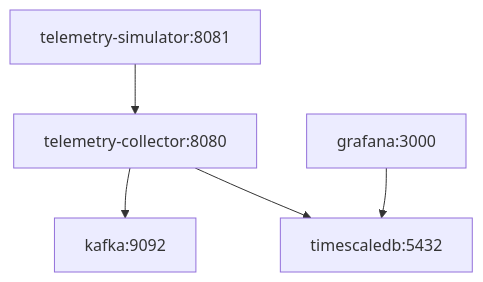
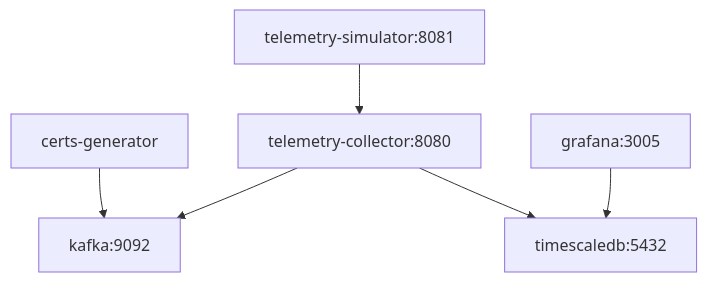
The fourth of 4 diagrams in docs/architecture/phase1_subsystems.md (sarkarbikram90/OrbitLogs), drawn with Mermaid before and after one commit. The commit also changed other lines of this file and 11 other files, not shown here.

Commit message:
docs: update and rewrite all architecture, design, operations, and testing strategy markdown documents for v4.0.0

````diff
--- a/docs/architecture/phase1_subsystems.md
+++ b/docs/architecture/phase1_subsystems.md
@@ -182,13 +183,15 @@
 ```mermaid
 graph TD
     timescaledb[timescaledb:5432]
+    certs-generator[certs-generator]
     kafka[kafka:9092]
     collector[telemetry-collector:8080]
     simulator[telemetry-simulator:8081]
-    grafana[grafana:3000]
+    grafana[grafana:3005]
 
+    certs-generator --> kafka
     simulator --> collector
     collector --> kafka
     collector --> timescaledb
     grafana --> timescaledb
 ```
````
